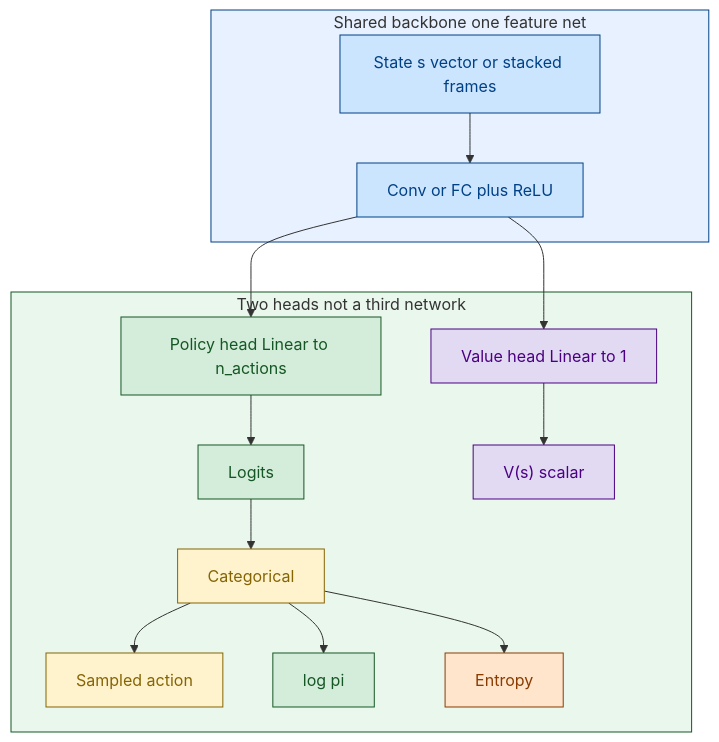
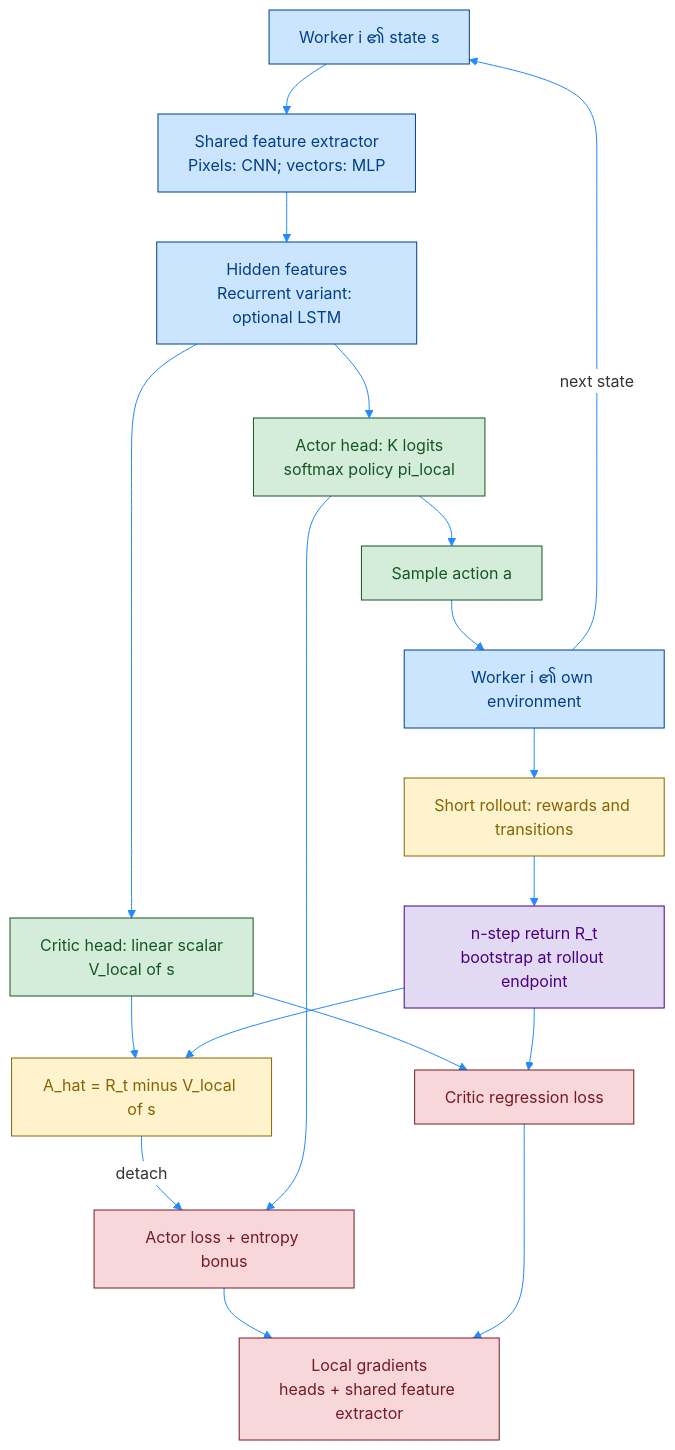
Before and after one commit to Open-Source-Robotics-For-Myanmar/rl: the first of 3 diagrams in Day81 RL python/02_Miguel Morales - Grokking Deep Reinforcement Learning/02_rl_with_dl/rom_photos/08_1_PB_actor-critic_A3C.md, drawn with Mermaid. The commit also changed other lines of this file and 5 other files, not shown here.

Commit message:
docs: organize paper and architecture notes in README

````diff
--- a/Day81 RL python/02_Miguel Morales - Grokking Deep Reinforcement Learning/02_rl_with_dl/rom_photos/08_1_PB_actor-critic_A3C.md
+++ b/Day81 RL python/02_Miguel Morales - Grokking Deep Reinforcement Learning/02_rl_with_dl/rom_photos/08_1_PB_actor-critic_A3C.md
@@ -70,26 +22,32 @@
 ```mermaid
+%%{init: {'theme': 'base', 'themeVariables': { 'primaryColor': '#ffffff', 'lineColor': '#218bff'}}}%%
 flowchart TD
-    subgraph Phase1["Shared backbone one feature net"]
-        S["State s vector or stacked frames"]:::shared --> Backbone["Conv or FC plus ReLU"]:::shared
-    end
+    S["Worker i ၏ state s"] --> F["Shared feature extractor<br/>Pixels: CNN; vectors: MLP"]
+    F --> M["Hidden features<br/>Recurrent variant: optional LSTM"]
+    M --> P["Actor head: K logits<br/>softmax policy pi_local"]
+    M --> V["Critic head: linear scalar<br/>V_local of s"]
+    P --> A["Sample action a"]
+    A --> E["Worker i ၏ own environment"]
+    E -->|"next state"| S
+    E --> B["Short rollout: rewards and transitions"]
+    B --> R["n-step return R_t<br/>bootstrap at rollout endpoint"]
+    V --> ADV["A_hat = R_t minus V_local of s"]
+    R --> ADV
+    ADV -->|"detach"| LP["Actor loss + entropy bonus"]
+    P --> LP
+    V --> LV["Critic regression loss"]
+    R --> LV
+    LP --> GR["Local gradients<br/>heads + shared feature extractor"]
+    LV --> GR
 
-    subgraph Phase2["Two heads not a third network"]
-        Backbone --> PHead["Policy head Linear to n_actions"]:::policy
-        PHead --> Logits["Logits"]:::policy
-        Logits --> Dist["Categorical"]:::sample
-        Dist --> Act["Sampled action"]:::sample
-        Dist --> LP["log pi"]:::policy
-        Dist --> Ent["Entropy"]:::extra
-        Backbone --> VHead["Value head Linear to 1"]:::value
-        VHead --> Vs["V(s) scalar"]:::value
-    end
-
-    classDef shared fill:#cce5ff,stroke:#004085,color:#004085
-    classDef policy fill:#d4edda,stroke:#155724,color:#155724
-    classDef sample fill:#fff3cd,stroke:#856404,color:#856404
-    classDef value fill:#e2d9f3,stroke:#4b0082,color:#4b0082
-    classDef extra fill:#ffe5cc,stroke:#8a3b00,color:#8a3b00
-
-    style Phase1 fill:#e7f1ff,stroke:#004085
-    style Phase2 fill:#eaf7ec,stroke:#155724
+    classDef data fill:#cce5ff,stroke:#004085,stroke-width:1px,color:#004085;
+    classDef network fill:#d4edda,stroke:#155724,stroke-width:1px,color:#155724;
+    classDef batch fill:#fff3cd,stroke:#856404,stroke-width:1px,color:#856404;
+    classDef target fill:#e2d9f3,stroke:#4b0082,stroke-width:1px,color:#4b0082;
+    classDef train fill:#f8d7da,stroke:#721c24,stroke-width:1px,color:#721c24;
+    class S,F,M,E data;
+    class P,V,A network;
+    class B,ADV batch;
+    class R target;
+    class LP,LV,GR train;
 ```
````
